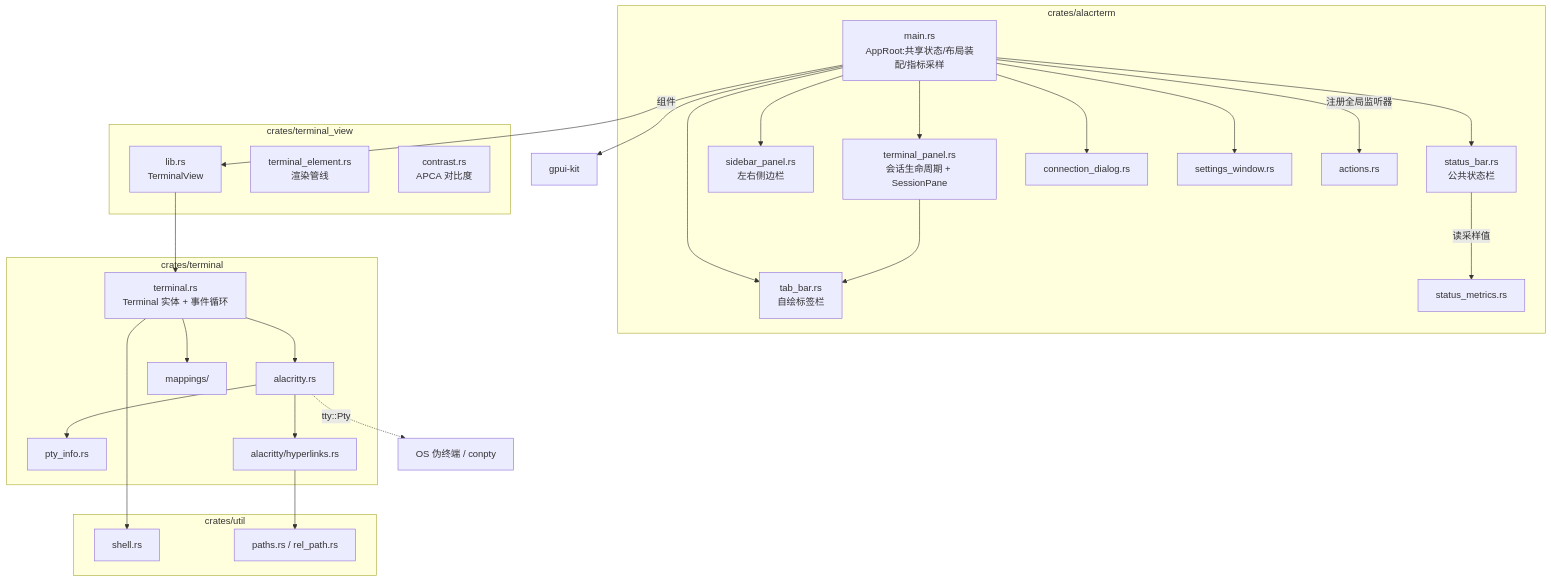
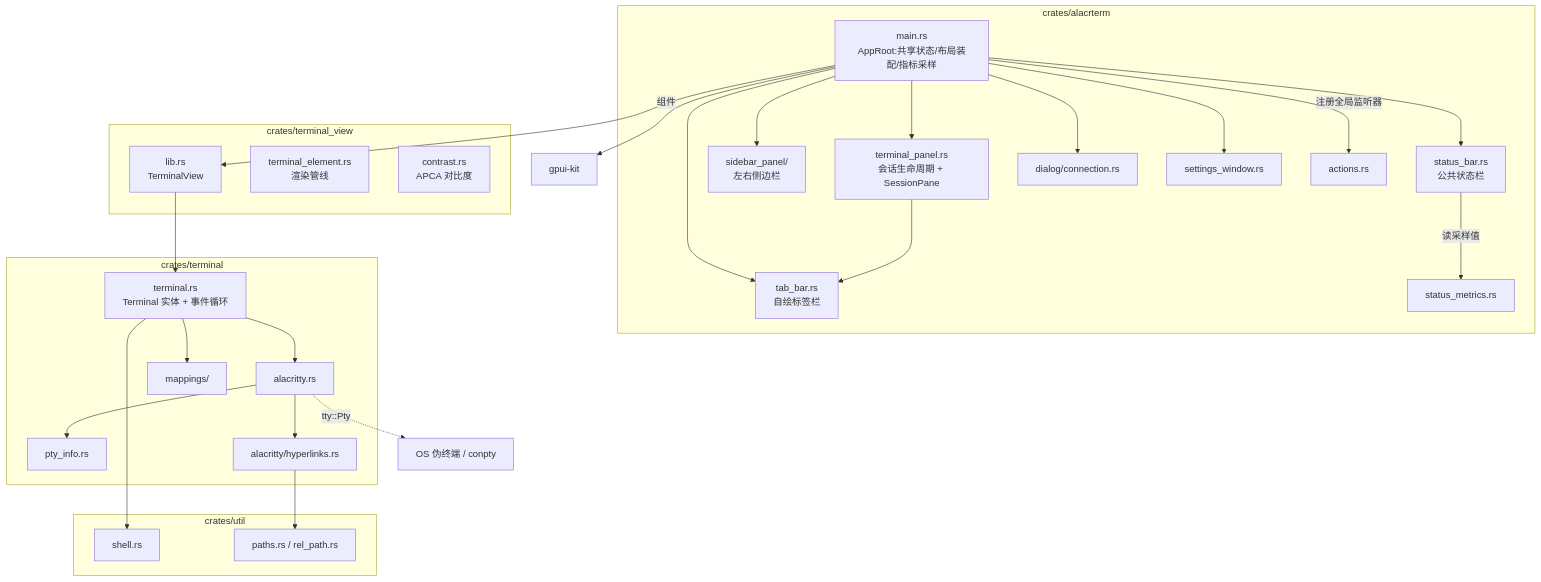
Before and after one commit to zephyraluco/alacrterm: the first of 4 diagrams in docs/terminal-architecture.md, drawn with Mermaid. The commit also changed other lines of this file and 17 other files, not shown here.

````diff
--- a/docs/terminal-architecture.md
+++ b/docs/terminal-architecture.md
@@ -42,53 +42,53 @@
 ```mermaid
 graph TB
     subgraph app层[crates/alacrterm]
         MAIN[main.rs<br/>AppRoot:共享状态/布局装配/指标采样]
         SBAR[status_bar.rs<br/>公共状态栏]
-        SIDE[sidebar_panel.rs<br/>左右侧边栏]
+        SIDE[sidebar_panel/<br/>左右侧边栏]
         TPANEL[terminal_panel.rs<br/>会话生命周期 + SessionPane]
         TABBAR[tab_bar.rs<br/>自绘标签栏]
-        DIALOG[connection_dialog.rs]
+        DIALOG[dialog/connection.rs]
         SETWIN[settings_window.rs]
         METRICS[status_metrics.rs]
         ACT[actions.rs]
     end
 
     subgraph view层[crates/terminal_view]
         VIEW[lib.rs<br/>TerminalView]
         ELEM[terminal_element.rs<br/>渲染管线]
         CONTRAST[contrast.rs<br/>APCA 对比度]
     end
 
     subgraph core层[crates/terminal]
         TERM[terminal.rs<br/>Terminal 实体 + 事件循环]
         ALAC[alacritty.rs]
         PTYINFO[pty_info.rs]
         HYPER[alacritty/hyperlinks.rs]
         MAP[mappings/]
     end
 
     subgraph util层[crates/util]
         SHELL[shell.rs]
         PATH[paths.rs / rel_path.rs]
     end
 
     MAIN --> VIEW
     MAIN --> SIDE
     MAIN --> TPANEL
     MAIN --> TABBAR
     MAIN --> SBAR
     MAIN --> DIALOG
     MAIN --> SETWIN
     MAIN -->|注册全局监听器| ACT
     MAIN -->|组件| GPUIC[gpui-kit]
     SBAR -->|读采样值| METRICS
     TPANEL --> TABBAR
     VIEW --> TERM
     TERM --> ALAC
     TERM --> MAP
     TERM --> SHELL
     ALAC --> PTYINFO
     ALAC --> HYPER
     HYPER --> PATH
     ALAC -.tty::Pty.-> OS[OS 伪终端 / conpty]
 ```
````
